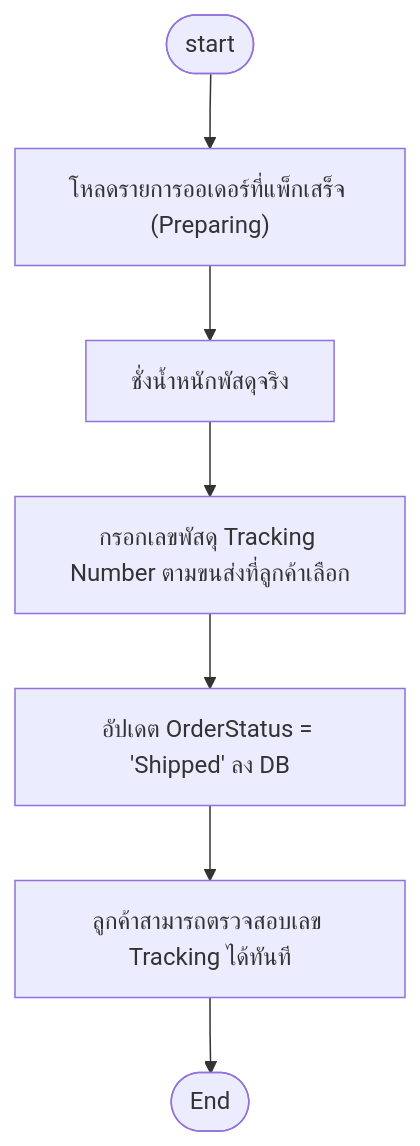
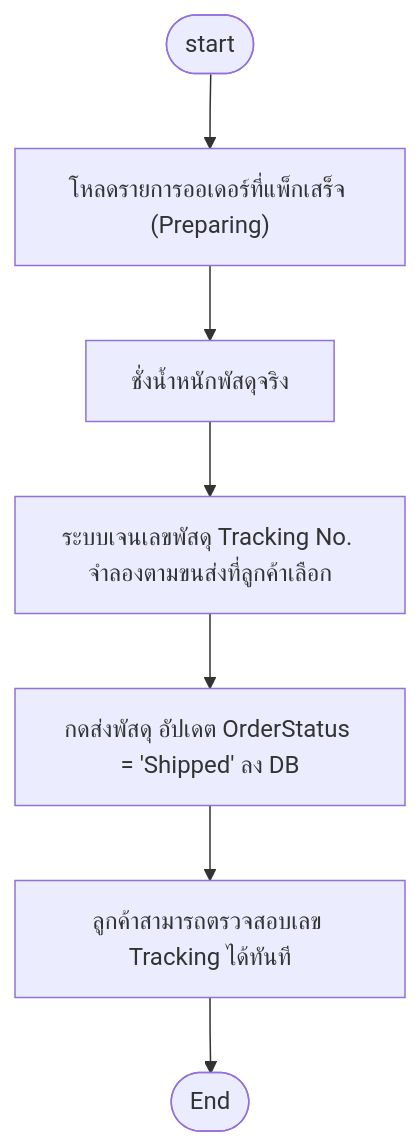
Diagram 15 of 18 in README.md (doraemon-kub/CSI402_Project-final), drawn with Mermaid before and after one commit. The commit also changed 4 other files, not shown here.

````diff
--- a/README.md
+++ b/README.md
@@ -374,9 +374,9 @@
 ```mermaid
 flowchart TD
     Start([start]) --> LoadPreparingOrders["โหลดรายการออเดอร์ที่แพ็กเสร็จ (Preparing)"]
     LoadPreparingOrders --> WeighBox[ชั่งน้ำหนักพัสดุจริง]
-    WeighBox --> EnterTracking[กรอกเลขพัสดุ Tracking Number ตามขนส่งที่ลูกค้าเลือก]
-    EnterTracking --> UpdateShippedDB[อัปเดต OrderStatus = 'Shipped' ลง DB]
+    WeighBox --> GenTracking[ระบบเจนเลขพัสดุ Tracking No. จำลองตามขนส่งที่ลูกค้าเลือก]
+    GenTracking --> UpdateShippedDB[กดส่งพัสดุ อัปเดต OrderStatus = 'Shipped' ลง DB]
     UpdateShippedDB --> NotifyCustomer[ลูกค้าสามารถตรวจสอบเลข Tracking ได้ทันที]
     NotifyCustomer --> End([End])
 ```
````
